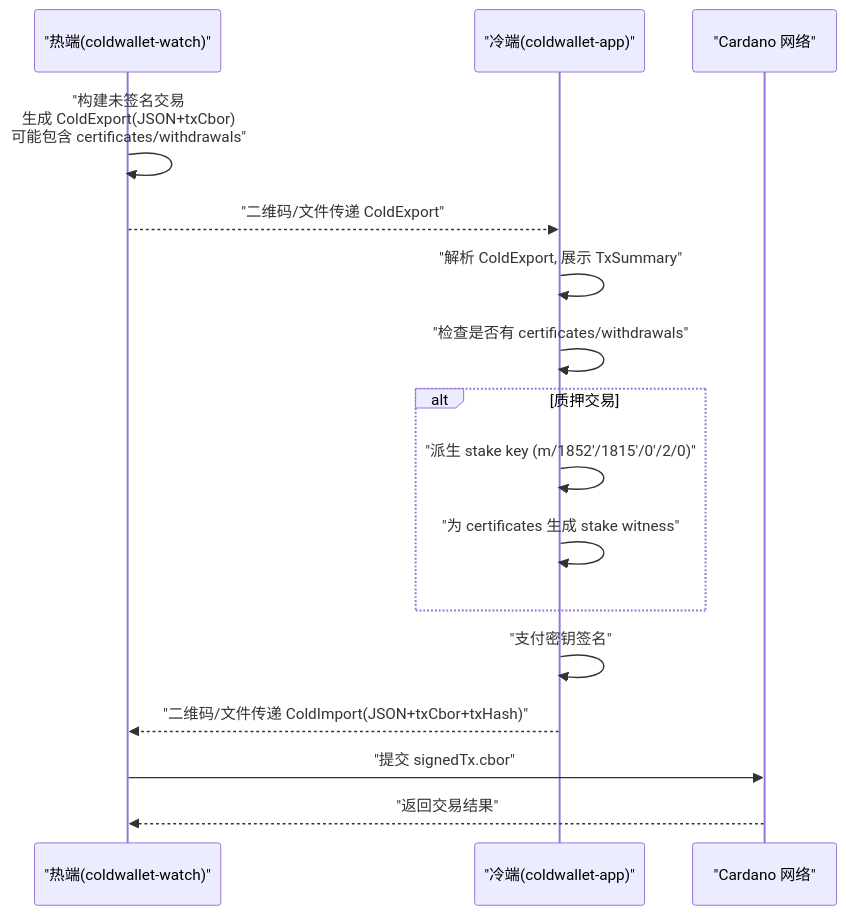
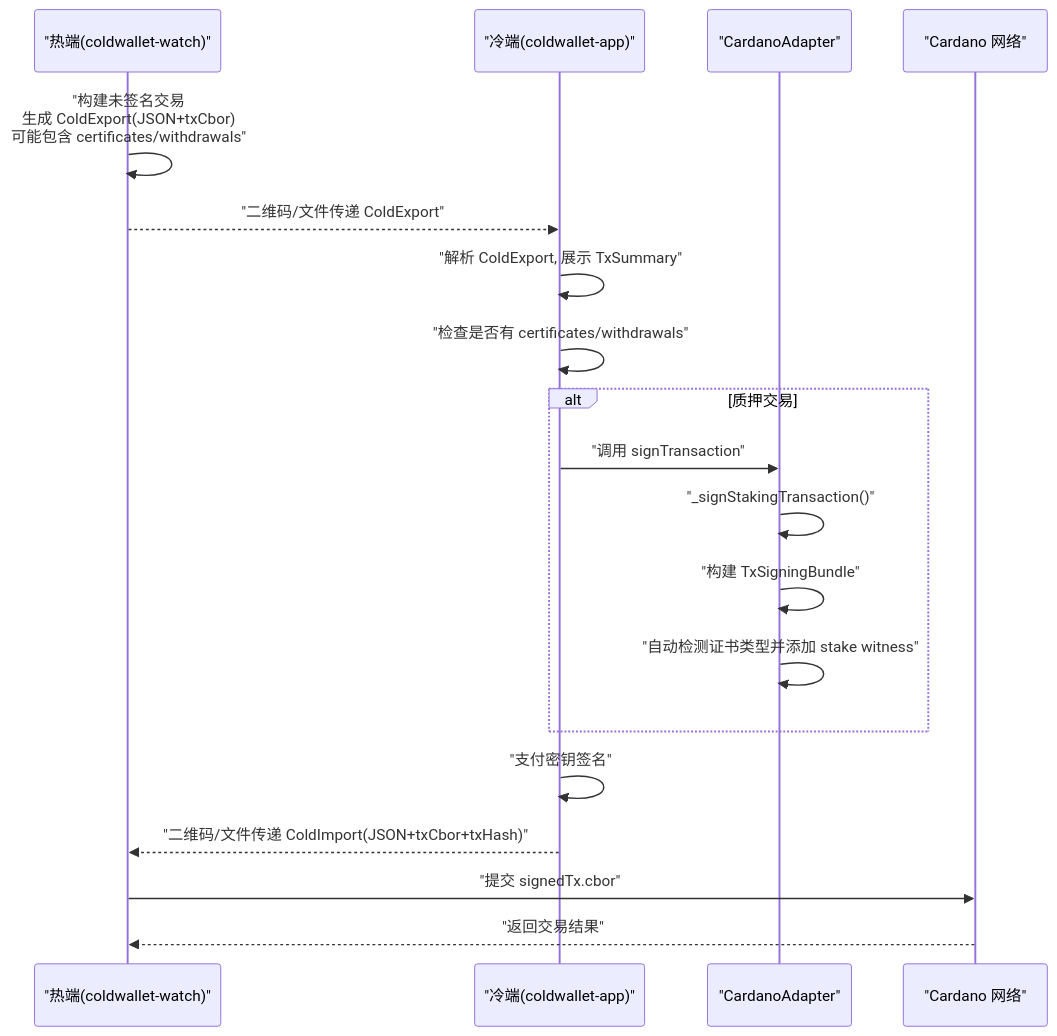
One commit to EqualToEthan/stasis changed the second of 8 diagrams in .qoder/repowiki/zh/content/数据模型.md. Above: the diagram before and after it, drawn with Mermaid. The commit also changed other lines of this file and 60 other files, not shown here.

````diff
--- a/.qoder/repowiki/zh/content/数据模型.md
+++ b/.qoder/repowiki/zh/content/数据模型.md
@@ -106,18 +113,21 @@
 ```mermaid
 sequenceDiagram
 participant 热端 as "热端(coldwallet-watch)"
 participant 冷端 as "冷端(coldwallet-app)"
+participant 适配器 as "CardanoAdapter"
 participant 链 as "Cardano 网络"
 热端->>热端 : "构建未签名交易<br/>生成 ColdExport(JSON+txCbor)<br/>可能包含 certificates/withdrawals"
 热端-->>冷端 : "二维码/文件传递 ColdExport"
 冷端->>冷端 : "解析 ColdExport, 展示 TxSummary"
 冷端->>冷端 : "检查是否有 certificates/withdrawals"
 alt 质押交易
-冷端->>冷端 : "派生 stake key (m/1852'/1815'/0'/2/0)"
-冷端->>冷端 : "为 certificates 生成 stake witness"
+冷端->>适配器 : "调用 signTransaction"
+适配器->>适配器 : "_signStakingTransaction()"
+适配器->>适配器 : "构建 TxSigningBundle"
+适配器->>适配器 : "自动检测证书类型并添加 stake witness"
 end
 冷端->>冷端 : "支付密钥签名"
 冷端-->>热端 : "二维码/文件传递 ColdImport(JSON+txCbor+txHash)"
 热端->>链 : "提交 signedTx.cbor"
 链-->>热端 : "返回交易结果"
 ```
````
